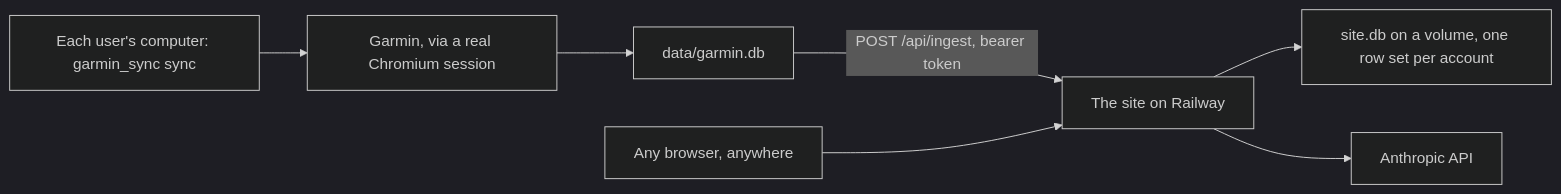
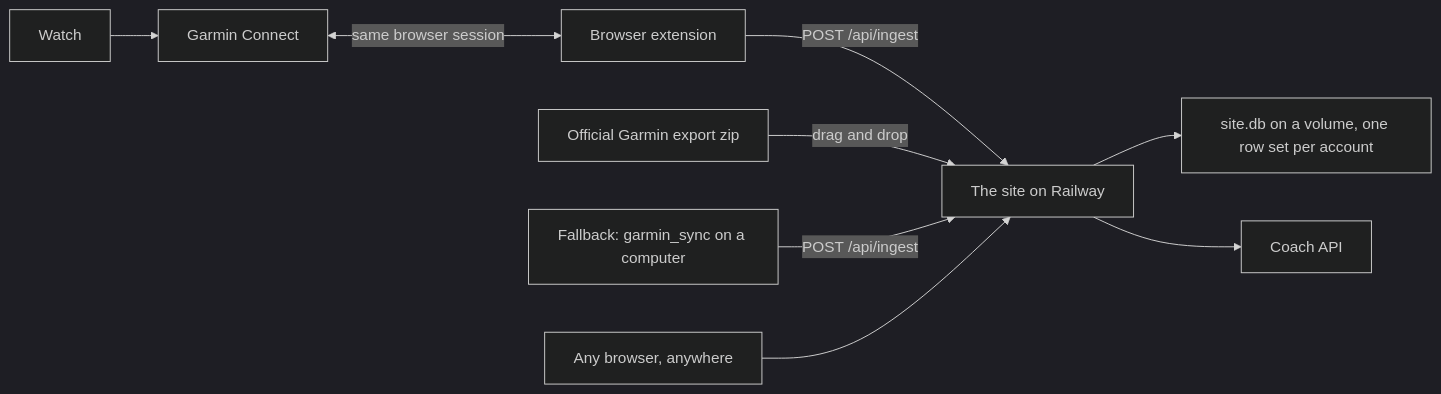
The diagram in README.md (nicg03/garmincoach), drawn with Mermaid (dark theme) before and after one commit. The commit also changed other lines of this file and 37 other files, not shown here.

First line of the commit message:
Ship the structured planner, extension ingest, and Plan UI.

````diff
--- a/README.md
+++ b/README.md
@@ -9,9 +13,11 @@
 ```mermaid
 flowchart LR
-  Mac["Each user's computer: garmin_sync sync"] --> Garmin["Garmin, via a real Chromium session"]
-  Garmin --> LocalDB["data/garmin.db"]
-  LocalDB -->|"POST /api/ingest, bearer token"| Site["The site on Railway"]
+  Watch["Watch"] --> Garmin["Garmin Connect"]
+  Garmin <-->|"same browser session"| Ext["Browser extension"]
+  Ext -->|"POST /api/ingest"| Site["The site on Railway"]
+  Zip["Official Garmin export zip"] -->|"drag and drop"| Site
+  Mac["Fallback: garmin_sync on a computer"] -->|"POST /api/ingest"| Site
   Site --> Volume["site.db on a volume, one row set per account"]
-  Site --> Claude["Anthropic API"]
+  Site --> Claude["Coach API"]
   Phone["Any browser, anywhere"] --> Site
 ```
````
